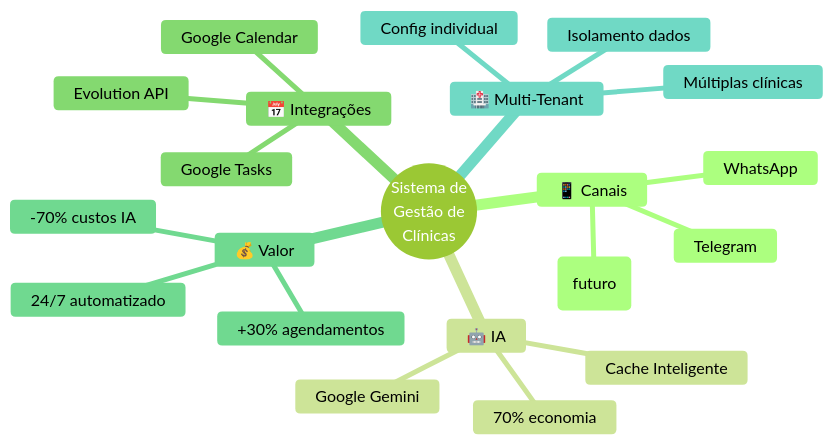
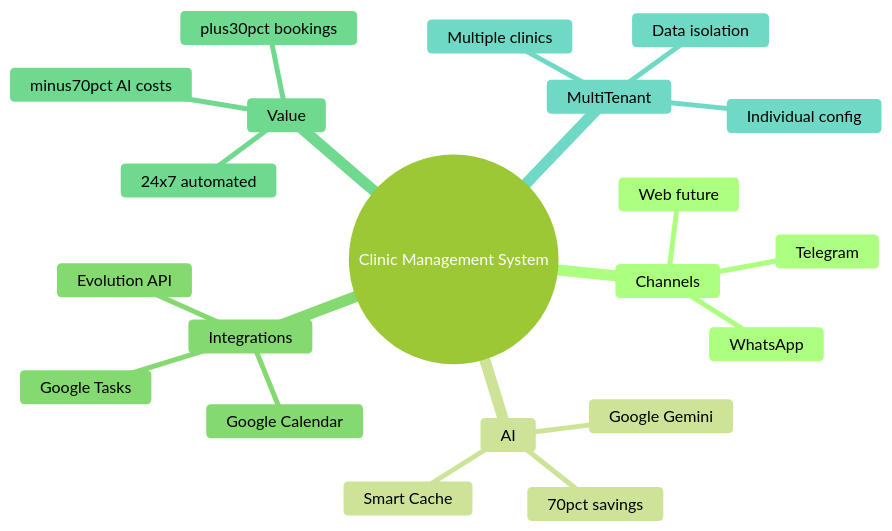
The first of 14 diagrams in docs/EXECUTIVE_OVERVIEW.md (RenanLisboa8/n8n-clinic-multiagent), drawn with Mermaid (forest theme) before and after one commit. The commit also changed other lines of this file and 4 other files, not shown here.

First line of the commit message:
Update documentation and diagrams for improved clarity and accessibility

````diff
--- a/docs/EXECUTIVE_OVERVIEW.md
+++ b/docs/EXECUTIVE_OVERVIEW.md
@@ -11,24 +11,24 @@
 ```mermaid
 mindmap
-  root((Sistema de<br/>Gestão de<br/>Clínicas))
-    📱 Canais
+  root((Clinic Management System))
+    Channels
       WhatsApp
       Telegram
-      Web (futuro)
-    🤖 IA
+      Web future
+    AI
       Google Gemini
-      Cache Inteligente
-      70% economia
-    📅 Integrações
+      Smart Cache
+      70pct savings
+    Integrations
       Google Calendar
       Google Tasks
       Evolution API
-    💰 Valor
-      24/7 automatizado
-      -70% custos IA
-      +30% agendamentos
-    🏥 Multi-Tenant
-      Múltiplas clínicas
-      Isolamento dados
-      Config individual
+    Value
+      24x7 automated
+      minus70pct AI costs
+      plus30pct bookings
+    MultiTenant
+      Multiple clinics
+      Data isolation
+      Individual config
 ```
````
